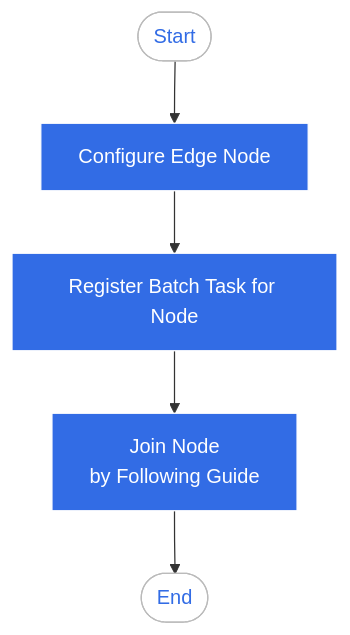
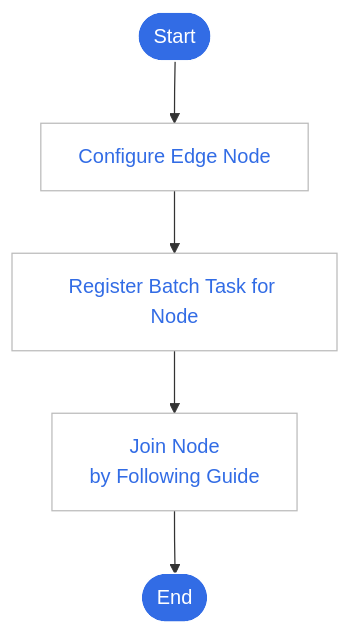
One commit to DaoCloud/DaoCloud-docs changed the diagram in docs/en/docs/kant/user-guide/node/index.md. Above: the diagram before and after it, drawn with Mermaid. The commit also changed 3 other files, not shown here.

Commit message:
update kant-node index

````diff
--- a/docs/en/docs/kant/user-guide/node/index.md
+++ b/docs/en/docs/kant/user-guide/node/index.md
@@ -23,13 +23,16 @@
 ```mermaid
 graph TB
 
 start1([Start]) --> config[Configure Edge Node]
 config --> register[Register Batch Task for Node] --> join[Join Node<br/>by Following Guide] --> end1([End])
 
 classDef plain fill:#ddd,stroke:#fff,stroke-width:1px,color:#000;
 classDef k8s fill:#326ce5,stroke:#fff,stroke-width:1px,color:#fff;
 classDef cluster fill:#fff,stroke:#bbb,stroke-width:1px,color:#326ce5;
 
-class start1,end1 cluster;
-class config,register,join k8s
+class start1,end1 k8s;
+class config,register,join cluster
+
+click register "https://docs.daocloud.io/en/kant/user-guide/node/batch-registration.html"
+click join "https://docs.daocloud.io/en/kant/user-guide/node/managed-node.html"
 ```
````
